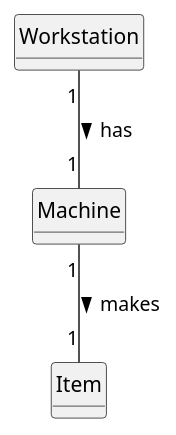
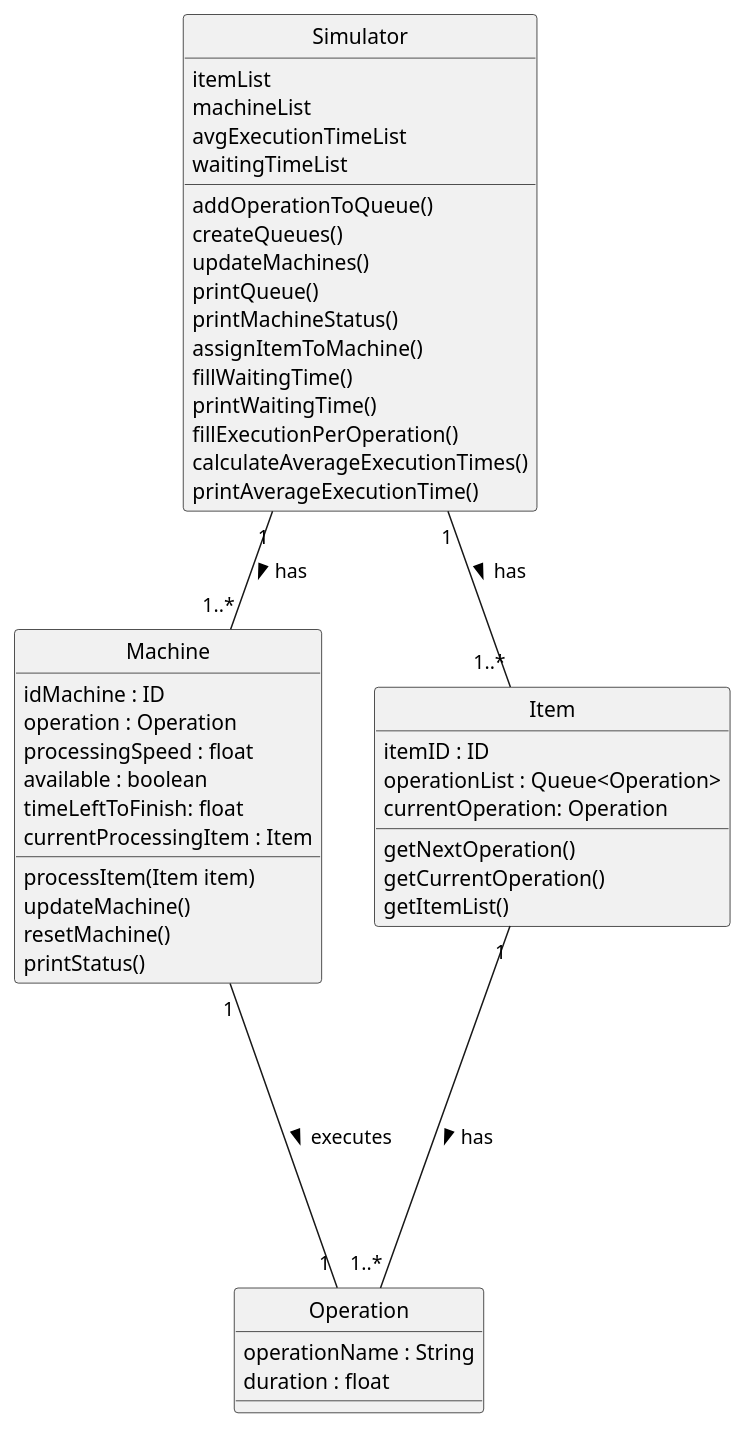
One commit to JorgeUbaldoR/sem3-25-pi-2024_25-G131 changed the diagram in documentation/sprint1/ESINF/usei07/02.analysis/puml/usei07-domain-model.puml. Above: the diagram before and after it, drawn with PlantUML. The commit also changed 21 other files, not shown here.

```diff
--- a/documentation/sprint1/ESINF/usei07/02.analysis/puml/usei07-domain-model.puml
+++ b/documentation/sprint1/ESINF/usei07/02.analysis/puml/usei07-domain-model.puml
@@ -1,31 +1,70 @@
 @startuml
 skinparam monochrome true
 skinparam packageStyle rectangle
 skinparam shadowing false
 
 'left to right direction
 
 skinparam classAttributeIconSize 0
 
 hide circle
-hide methods
+'hide methods
 
 'title Domain Model
 
 'class Platform {
 '  -description
 '}
 
-class Machine {
+class Simulator {
+    itemList
+    machineList
+    avgExecutionTimeList
+    waitingTimeList
+    addOperationToQueue()
+    createQueues()
+    updateMachines()
+    printQueue()
+    printMachineStatus()
+    assignItemToMachine()
+    fillWaitingTime()
+    printWaitingTime()
+    fillExecutionPerOperation()
+    calculateAverageExecutionTimes()
+    printAverageExecutionTime()
 }
 
-class Workstation {
+class Operation {
+    operationName : String
+    duration : float
+}
+
+class Machine {
+    idMachine : ID
+    operation : Operation
+    processingSpeed : float
+    available : boolean
+    timeLeftToFinish: float
+    currentProcessingItem : Item
+    processItem(Item item)
+    updateMachine()
+    resetMachine()
+    printStatus()
 }
 
 class Item {
+    itemID : ID
+    operationList : Queue<Operation>
+    currentOperation: Operation
+    getNextOperation()
+    getCurrentOperation()
+    getItemList()
+
 }
 
-Workstation "1" -- "1" Machine : has >
-Machine "1" -- "1" Item : makes >
+Item "1" ---- "1..*" Operation : has >
+Machine "1" ---- "         1" Operation: executes >
+Simulator "1" -- "1..*" Item : has >
+Simulator "1" -- "1..*" Machine : has >
 
 @enduml
```
